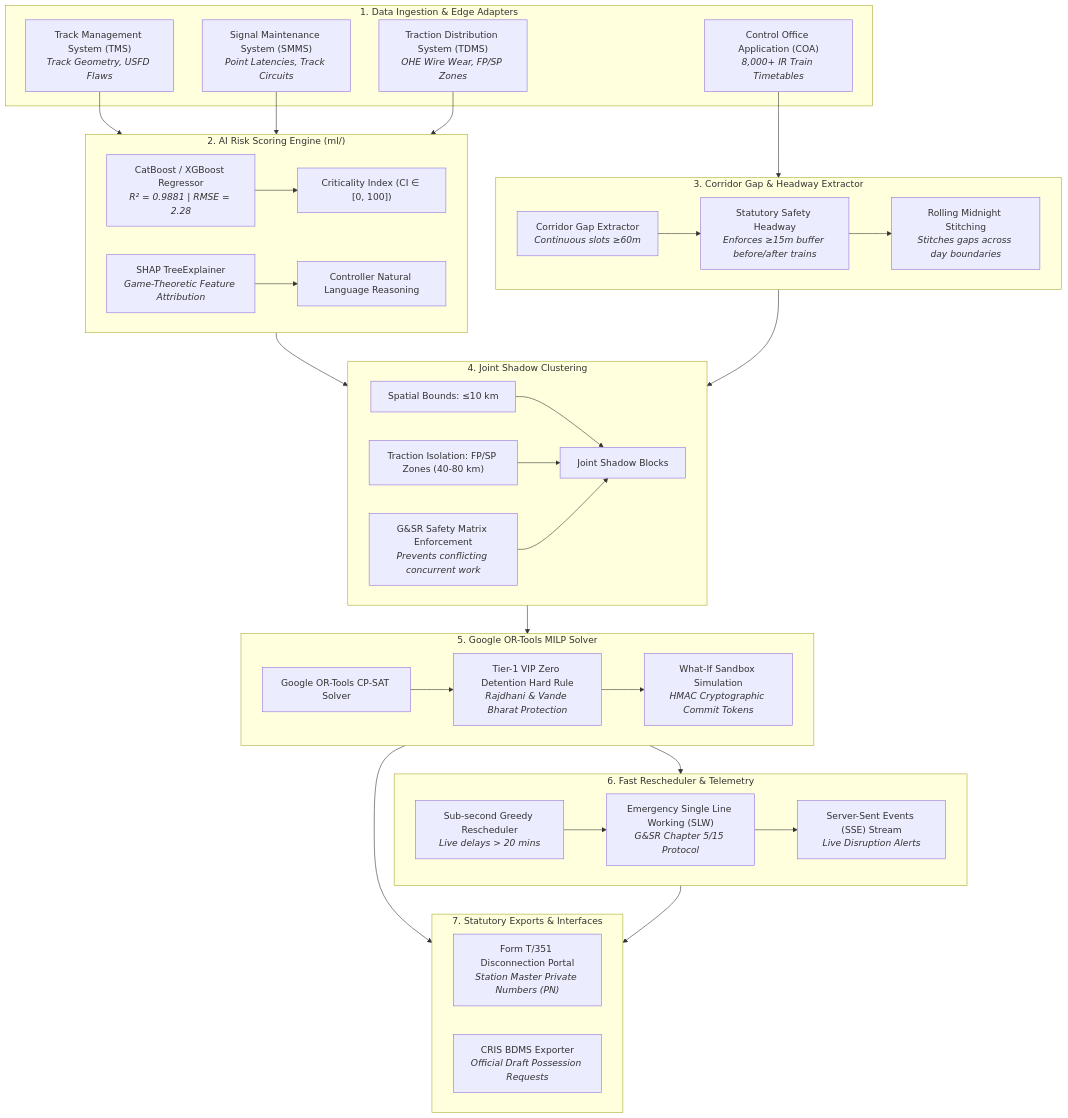
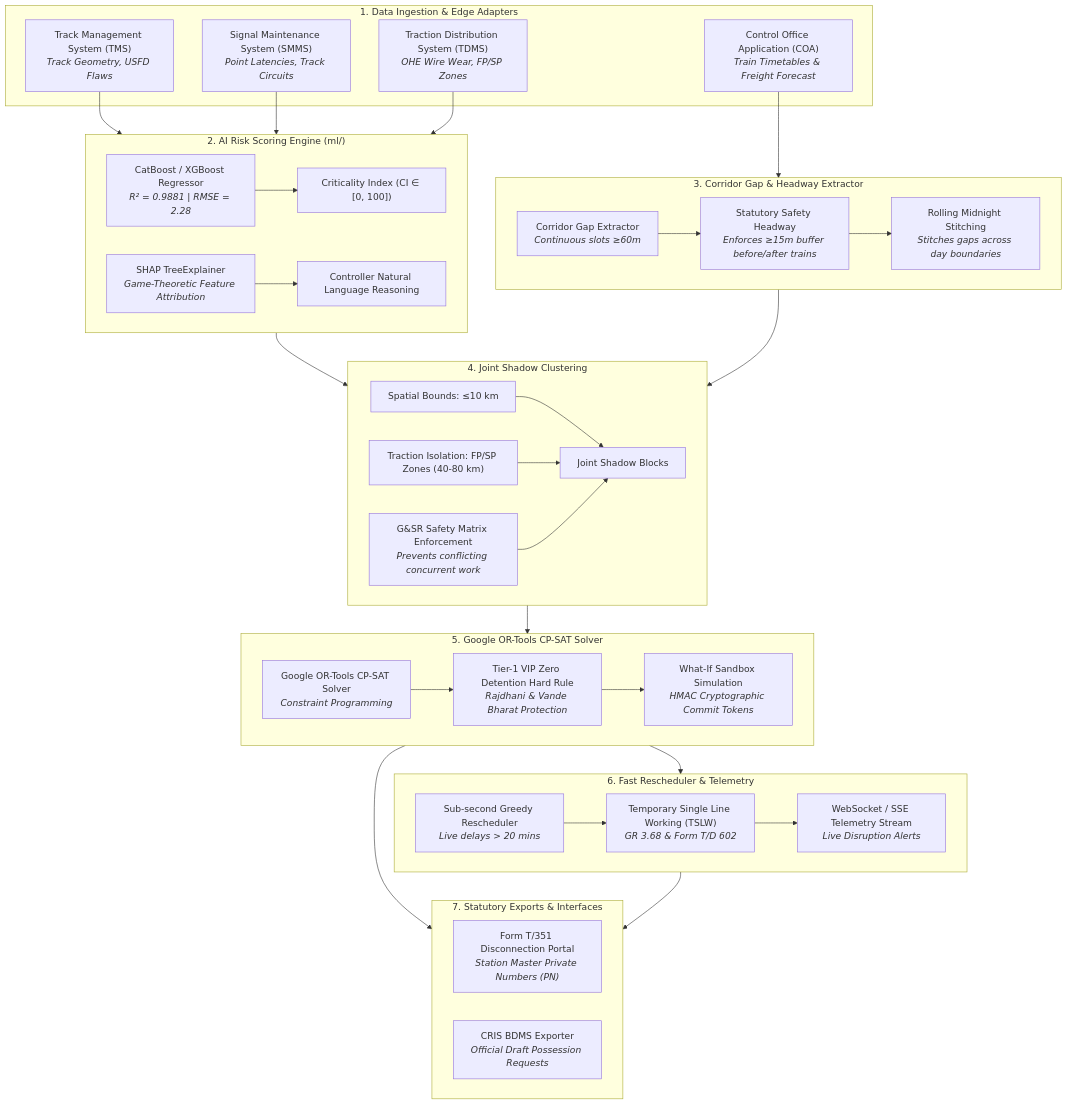
The diagram in README.md (Santo29SL/SIH26-RailBlock), drawn with Mermaid before and after one commit. The commit also changed other lines of this file and 35 other files, not shown here.

````diff
--- a/README.md
+++ b/README.md
@@ -23,56 +23,56 @@
 ```mermaid
 flowchart TD
     subgraph DATA_SOURCES ["1. Data Ingestion & Edge Adapters"]
         TMS["Track Management System (TMS)<br/><i>Track Geometry, USFD Flaws</i>"]
         SMMS["Signal Maintenance System (SMMS)<br/><i>Point Latencies, Track Circuits</i>"]
         TDMS["Traction Distribution System (TDMS)<br/><i>OHE Wire Wear, FP/SP Zones</i>"]
-        COA["Control Office Application (COA)<br/><i>8,000+ IR Train Timetables</i>"]
+        COA["Control Office Application (COA)<br/><i>Train Timetables & Freight Forecast</i>"]
     end
 
     subgraph STAGE2 ["2. AI Risk Scoring Engine (ml/)"]
         ML_MODEL["CatBoost / XGBoost Regressor<br/><i>R² = 0.9881 | RMSE = 2.28</i>"]
         SHAP_ENGINE["SHAP TreeExplainer<br/><i>Game-Theoretic Feature Attribution</i>"]
         ML_MODEL --> CI["Criticality Index (CI ∈ [0, 100])"]
         SHAP_ENGINE --> REASONING["Controller Natural Language Reasoning"]
     end
 
     subgraph STAGE3 ["3. Corridor Gap & Headway Extractor"]
         GAP["Corridor Gap Extractor<br/><i>Continuous slots ≥60m</i>"]
         HEADWAY["Statutory Safety Headway<br/><i>Enforces ≥15m buffer before/after trains</i>"]
         MIDNIGHT["Rolling Midnight Stitching<br/><i>Stitches gaps across day boundaries</i>"]
         GAP --> HEADWAY --> MIDNIGHT
     end
 
     subgraph STAGE4 ["4. Joint Shadow Clustering"]
         SPATIAL["Spatial Bounds: ≤10 km"]
         ELECTRICAL["Traction Isolation: FP/SP Zones (40-80 km)"]
         SAFETY_MATRIX["G&SR Safety Matrix Enforcement<br/><i>Prevents conflicting concurrent work</i>"]
         SPATIAL & ELECTRICAL & SAFETY_MATRIX --> SHADOW_BLOCKS["Joint Shadow Blocks"]
     end
 
-    subgraph STAGE5 ["5. Google OR-Tools MILP Solver"]
-        OR_TOOLS["Google OR-Tools CP-SAT Solver"]
+    subgraph STAGE5 ["5. Google OR-Tools CP-SAT Solver"]
+        OR_TOOLS["Google OR-Tools CP-SAT Solver<br/><i>Constraint Programming</i>"]
         HARD_CONSTRAINTS["Tier-1 VIP Zero Detention Hard Rule<br/><i>Rajdhani & Vande Bharat Protection</i>"]
         SIMULATOR["What-If Sandbox Simulation<br/><i>HMAC Cryptographic Commit Tokens</i>"]
         OR_TOOLS --> HARD_CONSTRAINTS --> SIMULATOR
     end
 
     subgraph STAGE6 ["6. Fast Rescheduler & Telemetry"]
         GREEDY["Sub-second Greedy Rescheduler<br/><i>Live delays > 20 mins</i>"]
-        SLW["Emergency Single Line Working (SLW)<br/><i>G&SR Chapter 5/15 Protocol</i>"]
-        SSE["Server-Sent Events (SSE) Stream<br/><i>Live Disruption Alerts</i>"]
+        SLW["Temporary Single Line Working (TSLW)<br/><i>GR 3.68 & Form T/D 602</i>"]
+        SSE["WebSocket / SSE Telemetry Stream<br/><i>Live Disruption Alerts</i>"]
         GREEDY --> SLW --> SSE
     end
 
     subgraph STAGE7 ["7. Statutory Exports & Interfaces"]
         T351["Form T/351 Disconnection Portal<br/><i>Station Master Private Numbers (PN)</i>"]
         BDMS["CRIS BDMS Exporter<br/><i>Official Draft Possession Requests</i>"]
     end
 
     TMS & SMMS & TDMS --> STAGE2
     COA --> STAGE3
     STAGE2 & STAGE3 --> STAGE4
     STAGE4 --> STAGE5
     STAGE5 --> STAGE6
     STAGE5 & STAGE6 --> STAGE7
 ```
````
